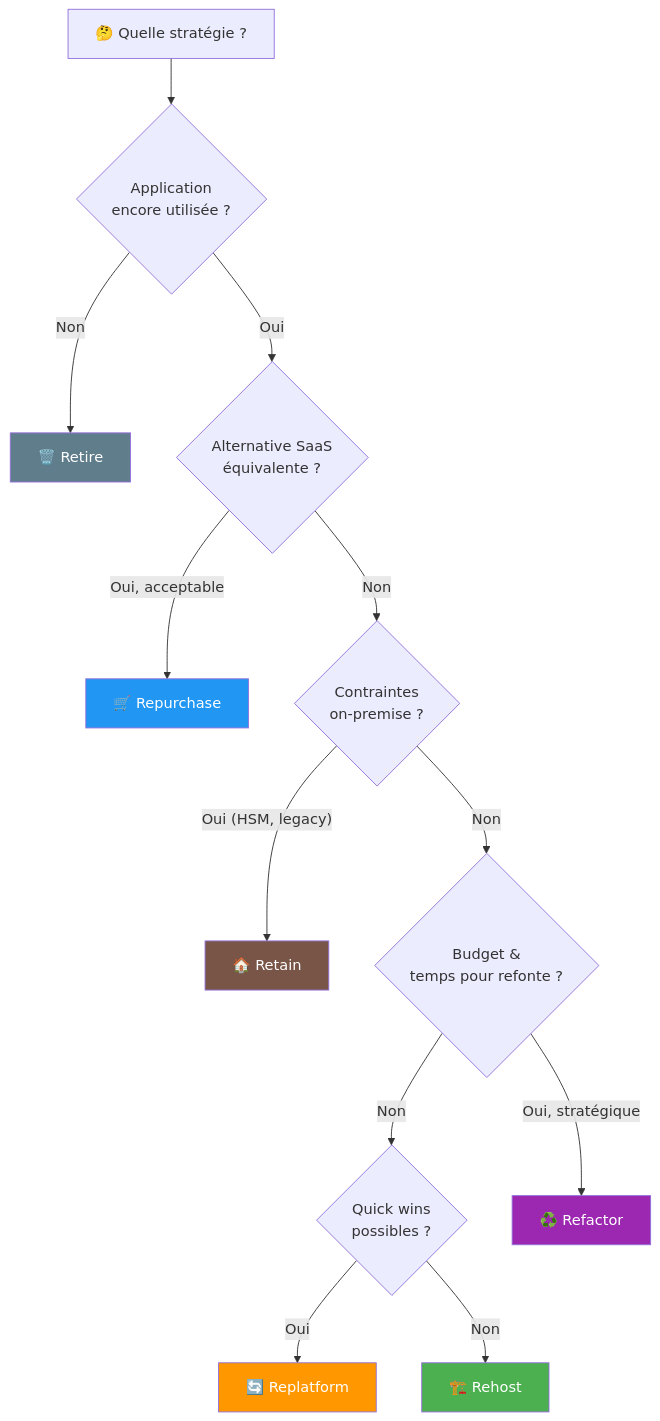
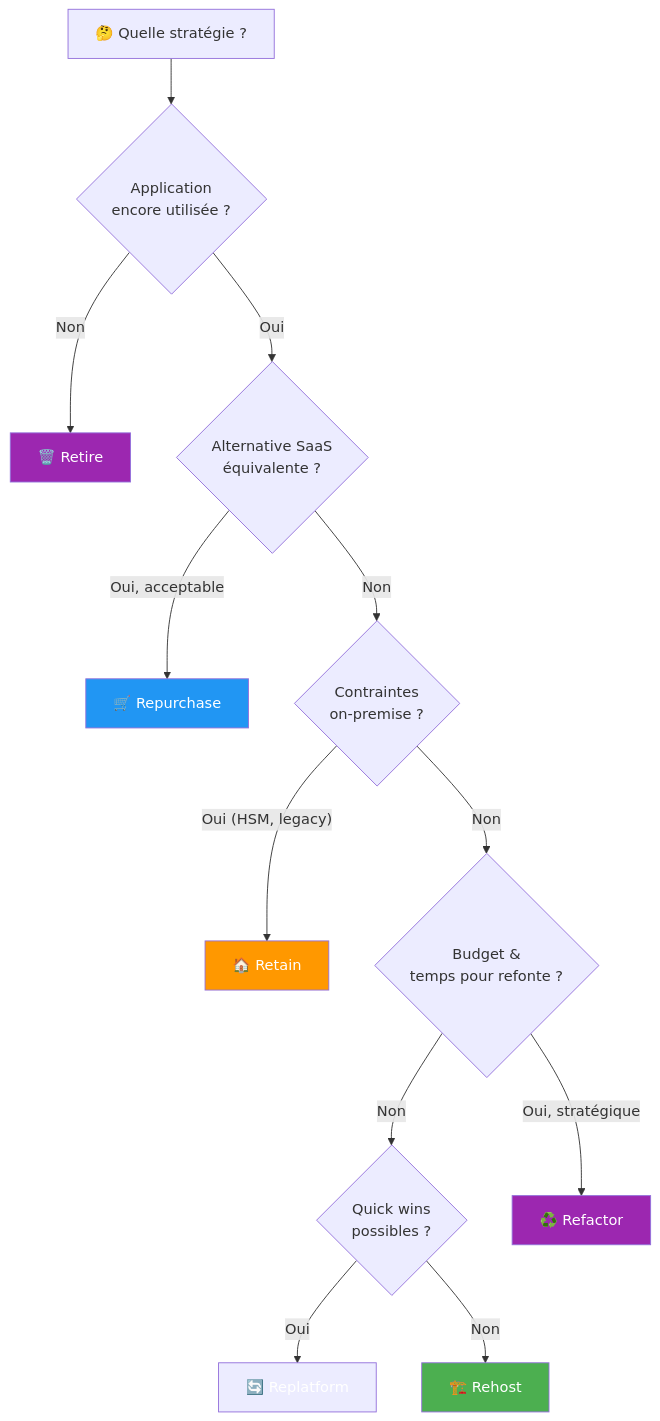
One commit to VBlackJack/ShellBook changed the fifth of 15 diagrams in docs/formations/cloud-fundamentals/11-module.md. Above: the diagram before and after it, drawn with Mermaid. The commit also changed other lines of this file and 337 other files, not shown here.

First line of the commit message:
refactor(docs): Standardize code blocks and Mermaid colors

````diff
--- a/docs/formations/cloud-fundamentals/11-module.md
+++ b/docs/formations/cloud-fundamentals/11-module.md
@@ -154,26 +154,26 @@
 ```mermaid
 flowchart TD
     START["🤔 Quelle stratégie ?"] --> Q1{"Application<br/>encore utilisée ?"}
 
     Q1 -->|"Non"| RETIRE["🗑️ Retire"]
     Q1 -->|"Oui"| Q2{"Alternative SaaS<br/>équivalente ?"}
 
     Q2 -->|"Oui, acceptable"| REPURCHASE["🛒 Repurchase"]
     Q2 -->|"Non"| Q3{"Contraintes<br/>on-premise ?"}
 
     Q3 -->|"Oui (HSM, legacy)"| RETAIN["🏠 Retain"]
     Q3 -->|"Non"| Q4{"Budget &<br/>temps pour refonte ?"}
 
     Q4 -->|"Non"| Q5{"Quick wins<br/>possibles ?"}
     Q4 -->|"Oui, stratégique"| REFACTOR["♻️ Refactor"]
 
     Q5 -->|"Oui"| REPLATFORM["🔄 Replatform"]
     Q5 -->|"Non"| REHOST["🏗️ Rehost"]
 
-    style RETIRE fill:#607d8b,color:#fff
+    style RETIRE fill:#9C27B0,color:#fff
     style REPURCHASE fill:#2196f3,color:#fff
-    style RETAIN fill:#795548,color:#fff
+    style RETAIN fill:#FF9800,color:#fff
     style REFACTOR fill:#9c27b0,color:#fff
-    style REPLATFORM fill:#ff9800,color:#fff
+    style REPLATFORM fill:#FF9800800800,color:#fff
     style REHOST fill:#4caf50,color:#fff
 ```
````
